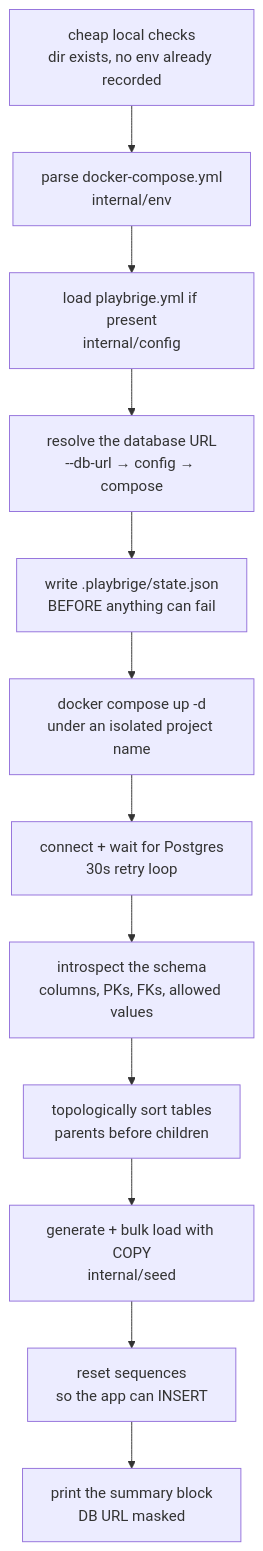
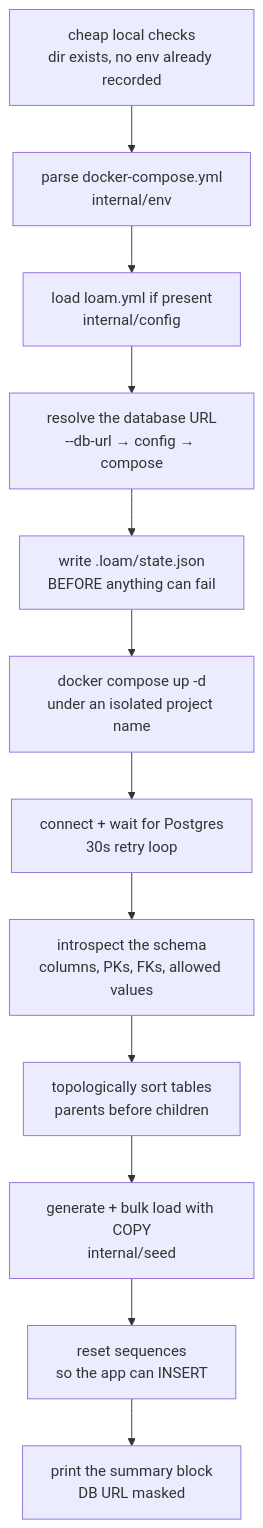
One commit to Loamdev/Loam changed the diagram in docs/ARCHITECTURE.md. Above: the diagram before and after it, drawn with Mermaid. The commit also changed other lines of this file and 44 other files, not shown here.

````diff
--- a/docs/ARCHITECTURE.md
+++ b/docs/ARCHITECTURE.md
@@ -27,14 +27,14 @@
 ```mermaid
 flowchart TD
     A["cheap local checks<br/>dir exists, no env already recorded"] --> B["parse docker-compose.yml<br/>internal/env"]
-    B --> C["load playbrige.yml if present<br/>internal/config"]
+    B --> C["load loam.yml if present<br/>internal/config"]
     C --> D["resolve the database URL<br/>--db-url → config → compose"]
-    D --> E["write .playbrige/state.json<br/>BEFORE anything can fail"]
+    D --> E["write .loam/state.json<br/>BEFORE anything can fail"]
     E --> F["docker compose up -d<br/>under an isolated project name"]
     F --> G["connect + wait for Postgres<br/>30s retry loop"]
     G --> H["introspect the schema<br/>columns, PKs, FKs, allowed values"]
     H --> I["topologically sort tables<br/>parents before children"]
     I --> J["generate + bulk load with COPY<br/>internal/seed"]
     J --> K["reset sequences<br/>so the app can INSERT"]
     K --> L["print the summary block<br/>DB URL masked"]
 ```
````
